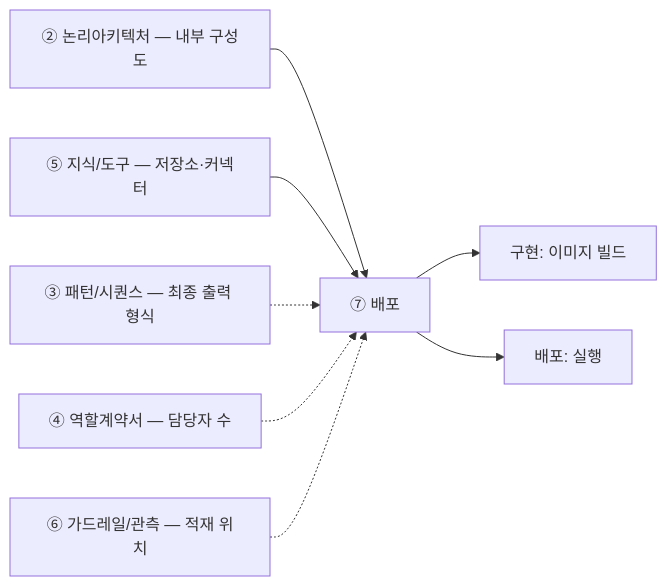
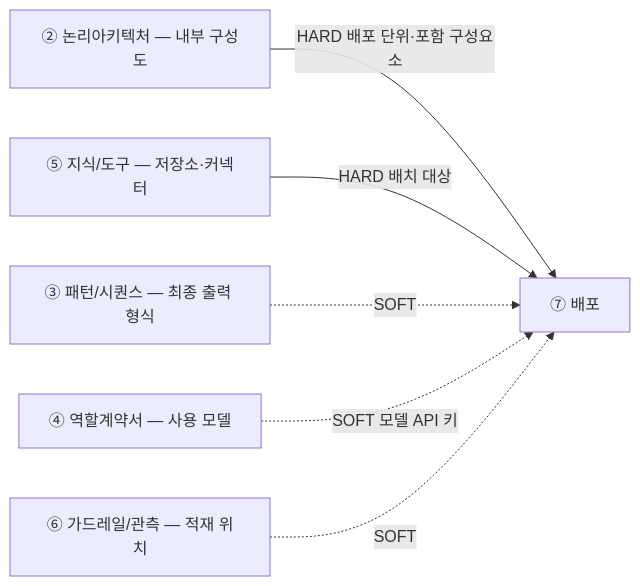
One commit to unicorn-campus/unicorn-skills changed the diagram in design-architecture/guides/07-배포설계-가이드.md. Above: the diagram before and after it, drawn with Mermaid. The commit also changed other lines of this file and 33 other files, not shown here.

````diff
--- a/design-architecture/guides/07-배포설계-가이드.md
+++ b/design-architecture/guides/07-배포설계-가이드.md
@@ -20,10 +19,8 @@
 ```mermaid
 flowchart LR
-  B["② 논리아키텍처 — 내부 구성도"] --> G["⑦ 배포"]
-  E["⑤ 지식/도구 — 저장소·커넥터"] --> G
-  D["③ 패턴/시퀀스 — 최종 출력 형식"] -.-> G
-  C["④ 역할계약서 — 담당자 수"] -.-> G
-  F["⑥ 가드레일/관측 — 적재 위치"] -.-> G
-  G --> H["구현: 이미지 빌드"]
-  G --> I["배포: 실행"]
+  B["② 논리아키텍처 — 내부 구성도"] -->|"HARD 배포 단위·포함 구성요소"| G["⑦ 배포"]
+  E["⑤ 지식/도구 — 저장소·커넥터"] -->|"HARD 배치 대상"| G
+  D["③ 패턴/시퀀스 — 최종 출력 형식"] -.->|"SOFT"| G
+  C["④ 역할계약서 — 사용 모델"] -.->|"SOFT 모델 API 키"| G
+  F["⑥ 가드레일/관측 — 적재 위치"] -.->|"SOFT"| G
 ```
````
